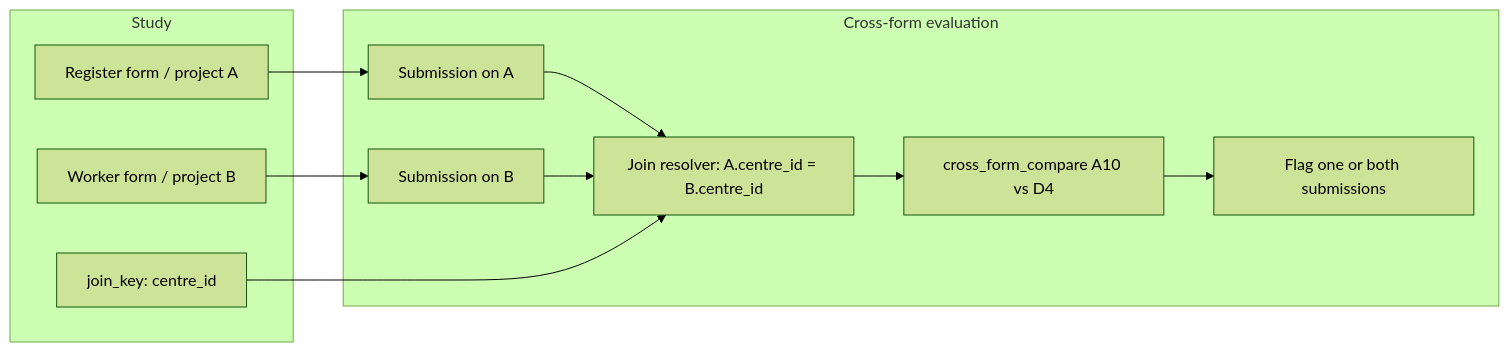
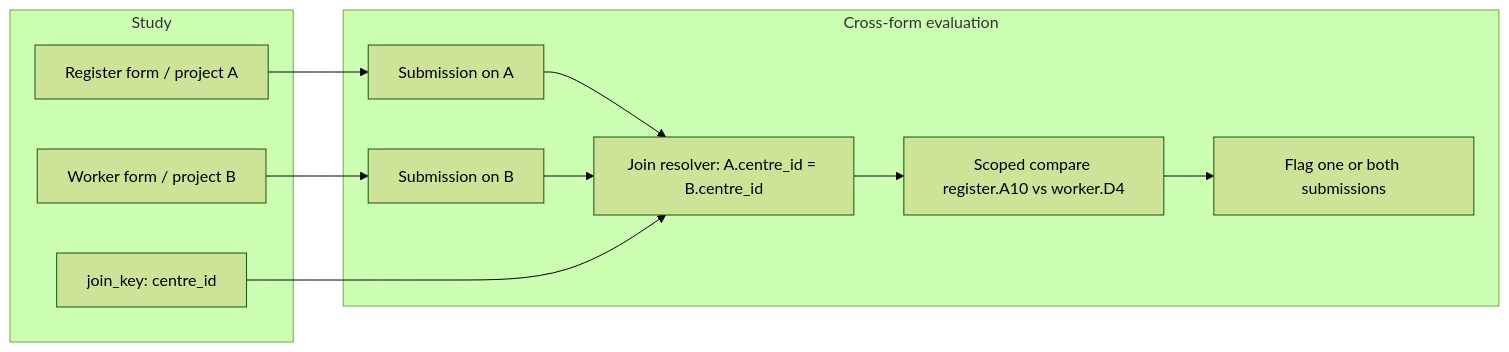
One commit to Infosutra/prototype changed the third of 3 diagrams in docs/dqa-inter-form-and-llm-authoring.md. Above: the diagram before and after it, drawn with Mermaid (forest theme). The commit also changed other lines of this file and 9 other files, not shown here.

````diff
--- a/docs/dqa-inter-form-and-llm-authoring.md
+++ b/docs/dqa-inter-form-and-llm-authoring.md
@@ -506,23 +503,23 @@
 ```mermaid
 flowchart LR
   subgraph study [Study]
     FormA[Register form / project A]
     FormB[Worker form / project B]
     JoinKey[join_key: centre_id]
   end
 
   subgraph eval [Cross-form evaluation]
     SubA[Submission on A]
     SubB[Submission on B]
     Match[Join resolver: A.centre_id = B.centre_id]
-    Compare[cross_form_compare A10 vs D4]
+    Compare[Scoped compare register.A10 vs worker.D4]
     SubA --> Match
     SubB --> Match
     Match --> Compare
     Compare --> Flag[Flag one or both submissions]
   end
 
   FormA --> SubA
   FormB --> SubB
   JoinKey --> Match
 ```
````
